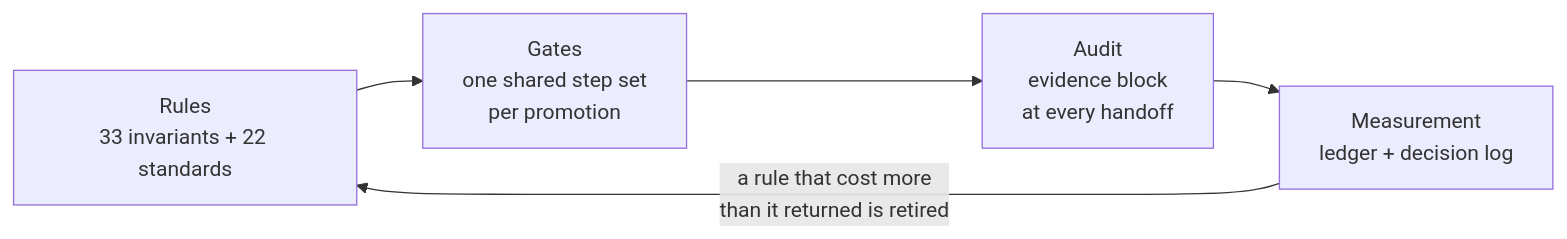
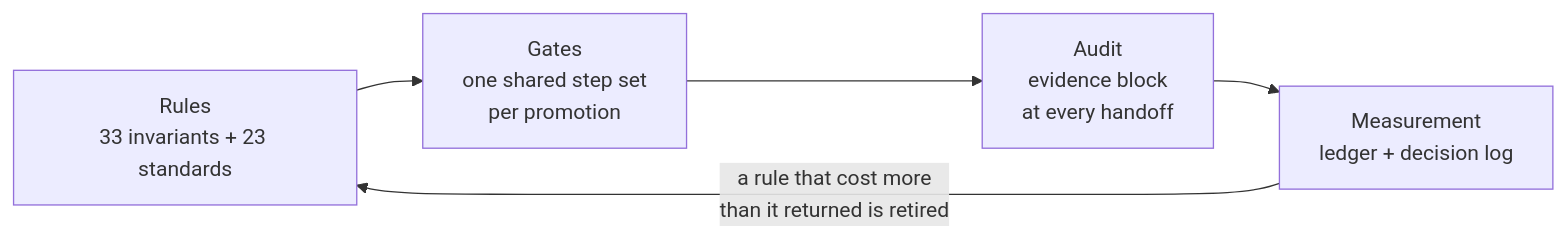
One commit to adyusuf/claude-code-standards changed the first of 4 diagrams in README.md. Above: the diagram before and after it, drawn with Mermaid. The commit also changed other lines of this file and 21 other files, not shown here.

````diff
--- a/README.md
+++ b/README.md
@@ -186,7 +186,7 @@
 ```mermaid
 flowchart LR
-    R["Rules<br/>33 invariants + 22 standards"] --> G["Gates<br/>one shared step set<br/>per promotion"]
+    R["Rules<br/>33 invariants + 23 standards"] --> G["Gates<br/>one shared step set<br/>per promotion"]
     G --> A["Audit<br/>evidence block<br/>at every handoff"]
     A --> M["Measurement<br/>ledger + decision log"]
     M -->|"a rule that cost more<br/>than it returned is retired"| R
 ```
````
